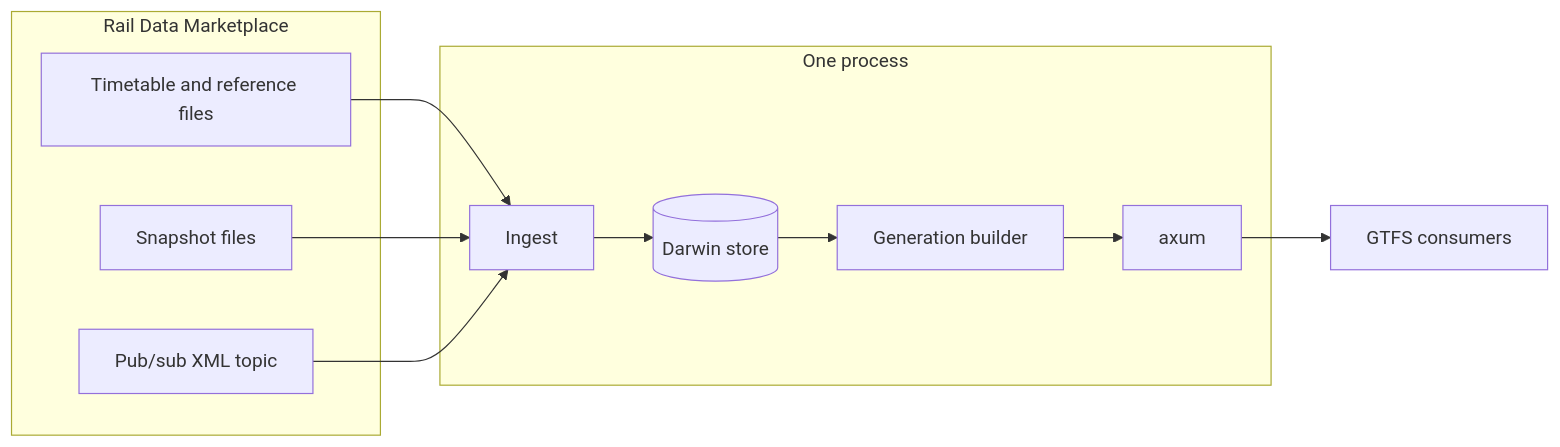
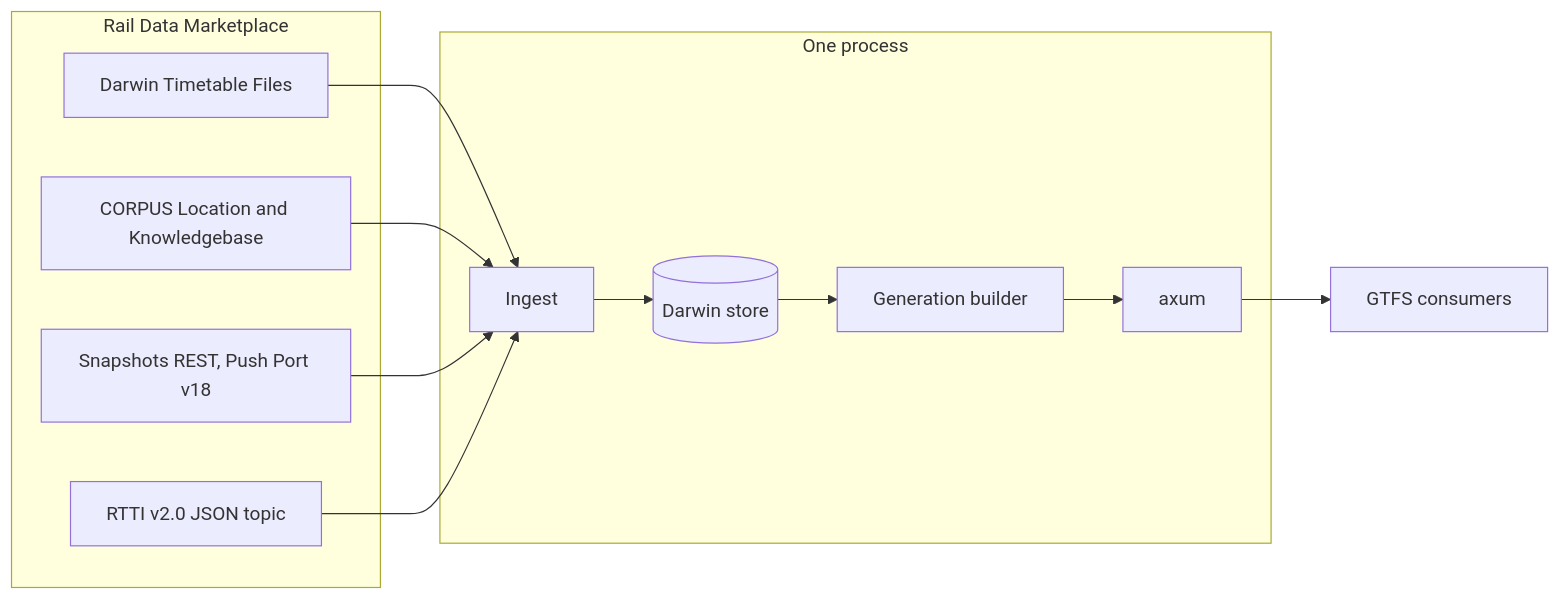
One commit to sohampatwardhan/NationalRailGB-GTFS-RT changed the first of 2 diagrams in docs/superpowers/specs/2026-11-20-darwin-gtfs-rt-design.md. Above: the diagram before and after it, drawn with Mermaid. The commit also changed other lines of this file and 3 other files, not shown here.

Commit message:
Record the subscribed Darwin RTTI v2.0 Kafka feed in the design.

````diff
--- a/docs/superpowers/specs/2026-11-20-darwin-gtfs-rt-design.md
+++ b/docs/superpowers/specs/2026-11-20-darwin-gtfs-rt-design.md
@@ -73,21 +84,23 @@
 ```mermaid
 flowchart LR
   subgraph rdm [Rail Data Marketplace]
-    TT[Timetable and reference files]
-    SNAP[Snapshot files]
-    BUS[Pub/sub XML topic]
+    TT[Darwin Timetable Files]
+    REF[CORPUS Location and Knowledgebase]
+    SNAP[Snapshots REST, Push Port v18]
+    BUS[RTTI v2.0 JSON topic]
   end
   subgraph proc [One process]
     IN[Ingest]
     ST[(Darwin store)]
     BLD[Generation builder]
     HTTP[axum]
   end
   TT --> IN
+  REF --> IN
   SNAP --> IN
   BUS --> IN
   IN --> ST
   ST --> BLD
   BLD --> HTTP
   HTTP --> APP[GTFS consumers]
 ```
````
